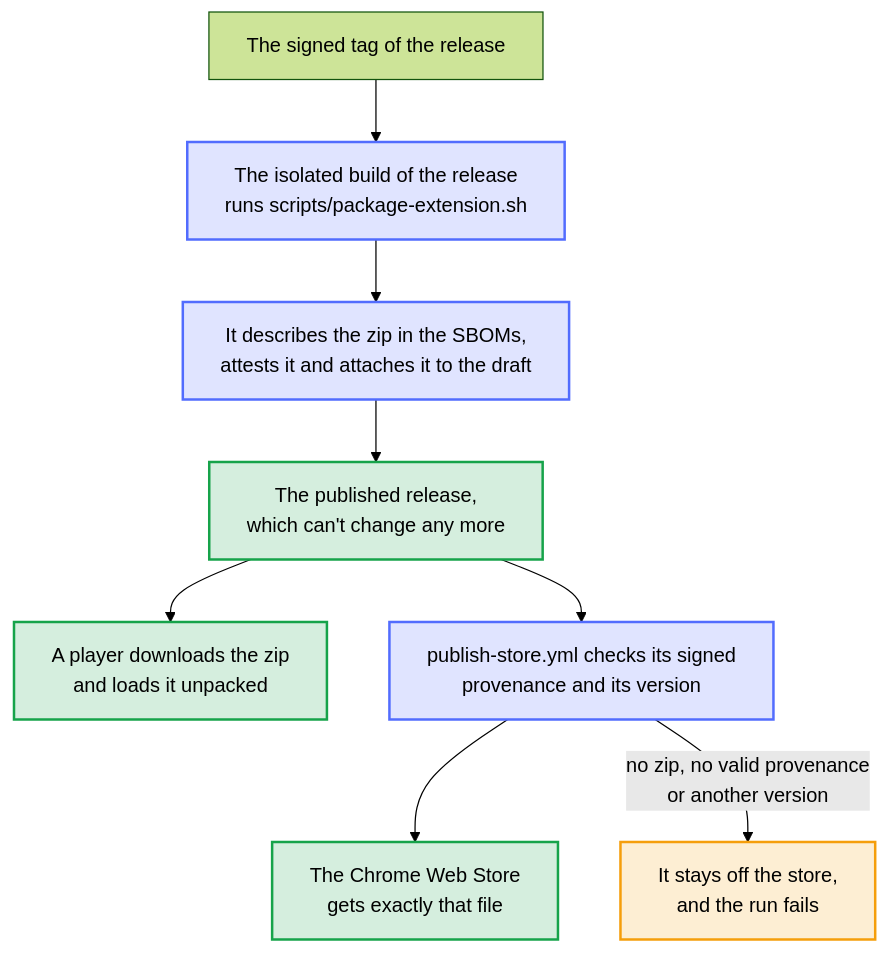
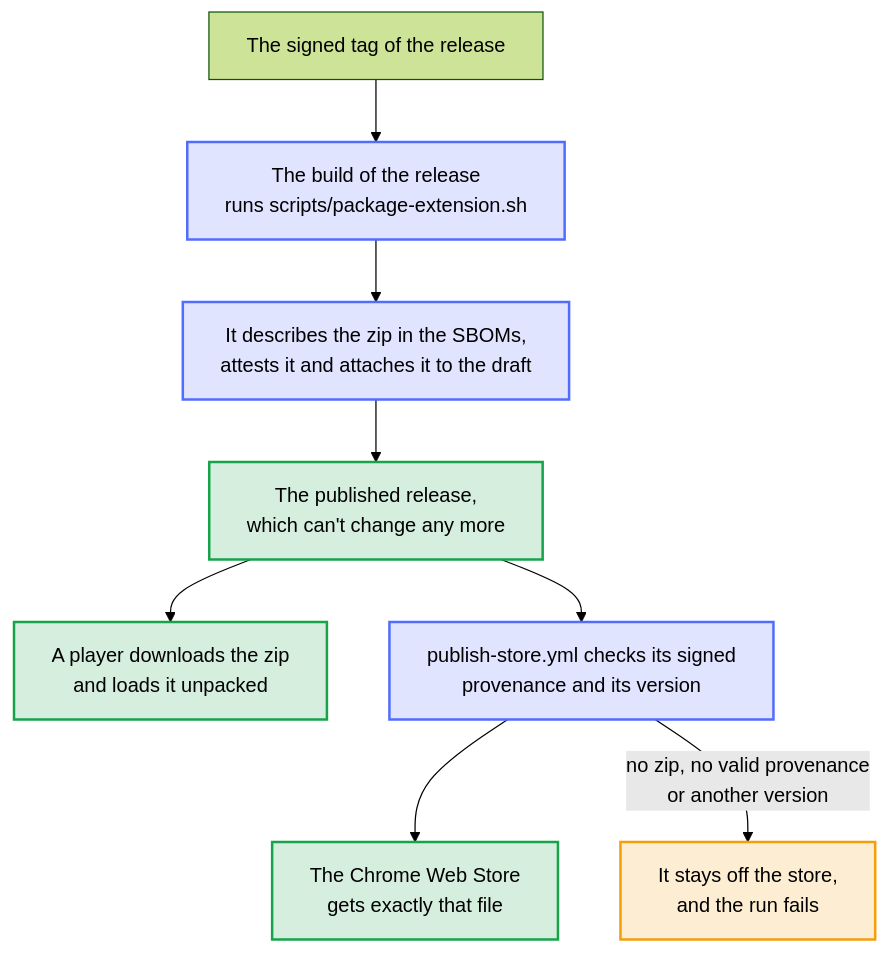
The diagram in docs/diagrams/one-zip.mmd (Dennis-Otto/player-switch-for-autodarts), drawn with Mermaid (forest theme) before and after one commit. The commit also changed 7 other files, not shown here.

```diff
--- a/docs/diagrams/one-zip.mmd
+++ b/docs/diagrams/one-zip.mmd
@@ -1,29 +1,29 @@
 ---
 config:
   flowchart:
     wrappingWidth: 400
 ---
 flowchart TB
     accTitle: One zip for the players and for the store
-    accDescr: From the signed tag, the isolated build of the release runs scripts/package-extension.sh, describes the zip in the SBOMs, attests it and attaches it to the draft, and the published release can't change any more. A player downloads the zip and loads it unpacked. publish-store.yml checks its signed provenance and its version, and the Chrome Web Store gets exactly that file; a release without the zip, a zip without a valid provenance or of another version stays off the store, and the run fails.
+    accDescr: From the signed tag, the build of the release runs scripts/package-extension.sh, describes the zip in the SBOMs, attests it and attaches it to the draft, and the published release can't change any more. A player downloads the zip and loads it unpacked. publish-store.yml checks its signed provenance and its version, and the Chrome Web Store gets exactly that file; a release without the zip, a zip without a valid provenance or of another version stays off the store, and the run fails.
 
     tag["The signed tag of the release"]
-    hook["The isolated build of the release<br>runs scripts/package-extension.sh"]
+    hook["The build of the release<br>runs scripts/package-extension.sh"]
     attest["It describes the zip in the SBOMs,<br>attests it and attaches it to the draft"]
     release["The published release,<br>which can't change any more"]
     player["A player downloads the zip<br>and loads it unpacked"]
     check["publish-store.yml checks its signed<br>provenance and its version"]
     store["The Chrome Web Store<br>gets exactly that file"]
     off["It stays off the store,<br>and the run fails"]
 
     tag --> hook --> attest --> release
     release --> player
     release --> check --> store
     check -- "no zip, no valid provenance<br>or another version" --> off
 
     classDef bot fill:#526cfe2e,stroke:#526cfe,stroke-width:2px
     classDef done fill:#16a34a2e,stroke:#16a34a,stroke-width:2px
     classDef person fill:#f59e0b2e,stroke:#f59e0b,stroke-width:2px
     class hook,attest,check bot
     class release,player,store done
     class off person
```
